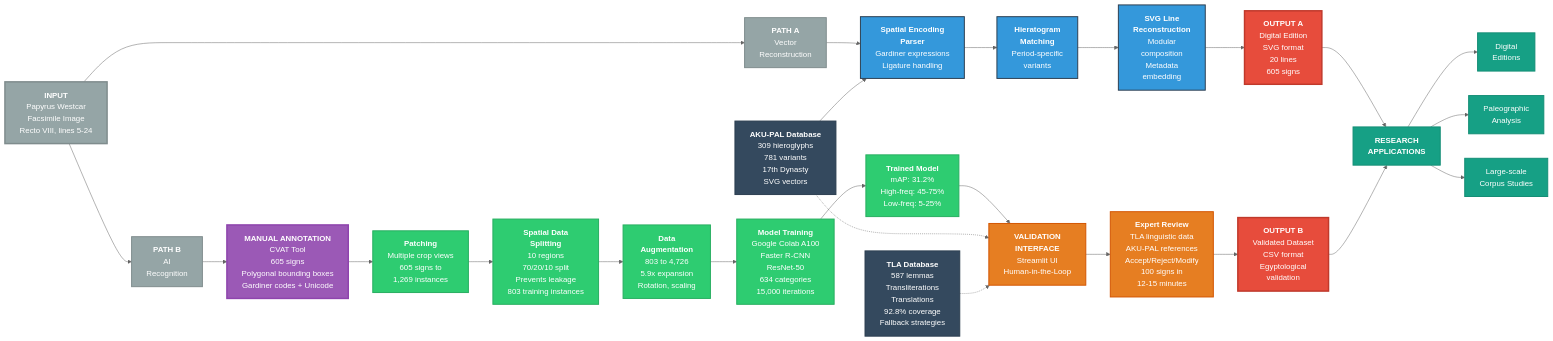
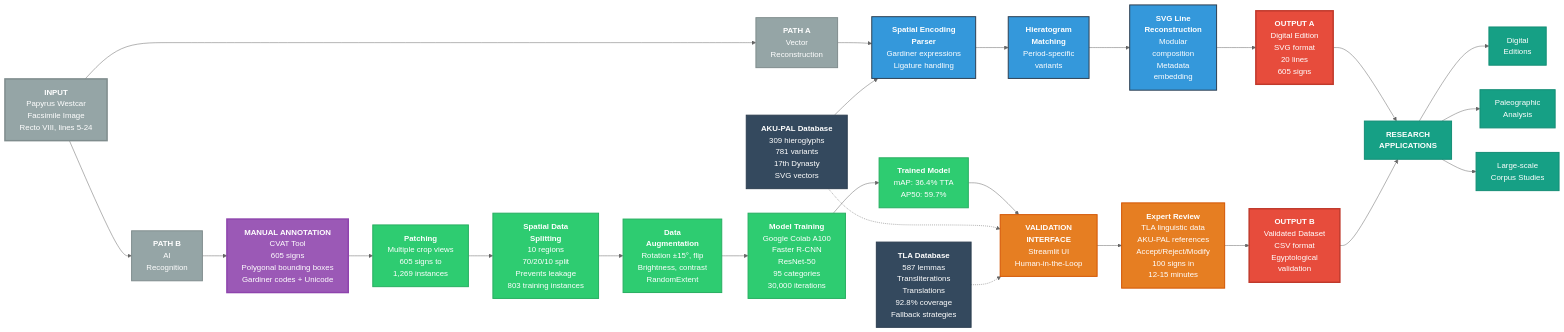
The first of 3 diagrams in README.md (MargotBelot/HieraticAI), drawn with Mermaid (neutral theme) before and after one commit. The commit also changed other lines of this file and 9 other files, not shown here.

````diff
--- a/README.md
+++ b/README.md
@@ -50,68 +50,68 @@
 ```mermaid
 graph LR
     %% INPUT
     Start[<b>INPUT</b><br/>Papyrus Westcar<br/>Facsimile Image<br/>Recto VIII, lines 5-24]
     
     %% DATA COLLECTION
     AKU[<b>AKU-PAL Database</b><br/>309 hieroglyphs<br/>781 variants<br/>17th Dynasty<br/>SVG vectors]
     TLA[<b>TLA Database</b><br/>587 lemmas<br/>Transliterations<br/>Translations<br/>92.8% coverage<br/>Fallback strategies]
     
     %% BRANCHING: Two parallel paths from START
     Start --> Path1[<b>PATH A</b><br/>Vector<br/>Reconstruction]
     Start --> Path2[<b>PATH B</b><br/>AI<br/>Recognition]
     
     %% PATH B starts with manual annotation
     Path2 --> CVAT[<b>MANUAL ANNOTATION</b><br/>CVAT Tool<br/>605 signs<br/>Polygonal bounding boxes<br/>Gardiner codes + Unicode]
     
     %% PATH A: VECTOR RECOMPOSITOR
     Path1 --> VR1[<b>Spatial Encoding</b><br/><b>Parser</b><br/>Gardiner expressions<br/>Ligature handling]
     AKU --> VR1
     VR1 --> VR2[<b>Hieratogram</b><br/><b>Matching</b><br/>Period-specific<br/>variants]
     VR2 --> VR3[<b>SVG Line</b><br/><b>Reconstruction</b><br/>Modular<br/>composition<br/>Metadata<br/>embedding]
     VR3 --> OutputA[<b>OUTPUT A</b><br/>Digital Edition<br/>SVG format<br/>20 lines<br/>605 signs]
     
     %% PATH B: AI RECOGNITION (continues from CVAT)
     CVAT --> Patch[<b>Patching</b><br/>Multiple crop views<br/>605 signs to<br/>1,269 instances]
     Patch --> AI1[<b>Spatial Data</b><br/><b>Splitting</b><br/>10 regions<br/>70/20/10 split<br/>Prevents leakage<br/>803 training instances]
-    AI1 --> AI2[<b>Data</b><br/><b>Augmentation</b><br/>803 to 4,726<br/>5.9x expansion<br/>Rotation, scaling]
-    AI2 --> AI3[<b>Model Training</b><br/>Google Colab A100<br/>Faster R-CNN<br/>ResNet-50<br/>634 categories<br/>15,000 iterations]
-    AI3 --> AI5[<b>Trained Model</b><br/>mAP: 31.2%<br/>High-freq: 45-75%<br/>Low-freq: 5-25%]
+    AI1 --> AI2[<b>Data</b><br/><b>Augmentation</b><br/>Rotation ±15°, flip<br/>Brightness, contrast<br/>RandomExtent]
+    AI2 --> AI3[<b>Model Training</b><br/>Google Colab A100<br/>Faster R-CNN<br/>ResNet-50<br/>95 categories<br/>30,000 iterations]
+    AI3 --> AI5[<b>Trained Model</b><br/>mAP: 36.4% TTA<br/>AP50: 59.7%]
     
     %% VALIDATION INTERFACE
     AI5 --> Val[<b>VALIDATION</b><br/><b>INTERFACE</b><br/>Streamlit UI<br/>Human-in-the-Loop]
     
     %% Add database context to validation
     AKU -.-> Val
     TLA -.-> Val
     
     Val --> Val2[<b>Expert Review</b><br/>TLA linguistic data<br/>AKU-PAL references<br/>Accept/Reject/Modify<br/>100 signs in<br/>12-15 minutes]
     Val2 --> OutputB[<b>OUTPUT B</b><br/>Validated Dataset<br/>CSV format<br/>Egyptological<br/>validation]
     
     %% FINAL APPLICATIONS
     OutputA --> Apps[<b>RESEARCH</b><br/><b>APPLICATIONS</b>]
     OutputB --> Apps
     Apps --> App1[Digital<br/>Editions]
     Apps --> App2[Paleographic<br/>Analysis]
     Apps --> App3[Large-scale<br/>Corpus Studies]
     
     %% STYLING
     classDef input fill:#95a5a6,stroke:#7f8c8d,stroke-width:3px,color:#fff
     classDef annotation fill:#9b59b6,stroke:#8e44ad,stroke-width:3px,color:#fff
     classDef database fill:#34495e,stroke:#2c3e50,stroke-width:2px,color:#fff
     classDef pathLabel fill:#95a5a6,stroke:#7f8c8d,stroke-width:2px,color:#fff
     classDef vectorComp fill:#3498db,stroke:#2c3e50,stroke-width:2px,color:#fff
     classDef aiComp fill:#2ecc71,stroke:#27ae60,stroke-width:2px,color:#fff
     classDef validation fill:#e67e22,stroke:#d35400,stroke-width:2px,color:#fff
     classDef output fill:#e74c3c,stroke:#c0392b,stroke-width:3px,color:#fff
     classDef apps fill:#16a085,stroke:#138d75,stroke-width:2px,color:#fff
     
     class Start input
     class CVAT annotation
     class AKU,TLA database
     class Path1,Path2 pathLabel
     class VR1,VR2,VR3 vectorComp
     class Patch,AI1,AI2,AI3,AI5 aiComp
     class Val,Val2 validation
     class OutputA,OutputB output
     class Apps,App1,App2,App3 apps
 ```
````
